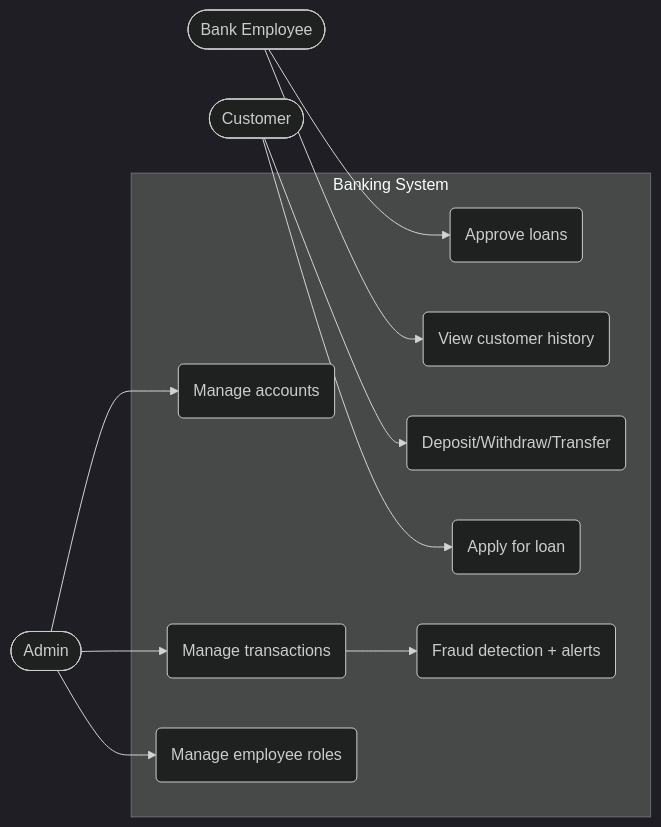
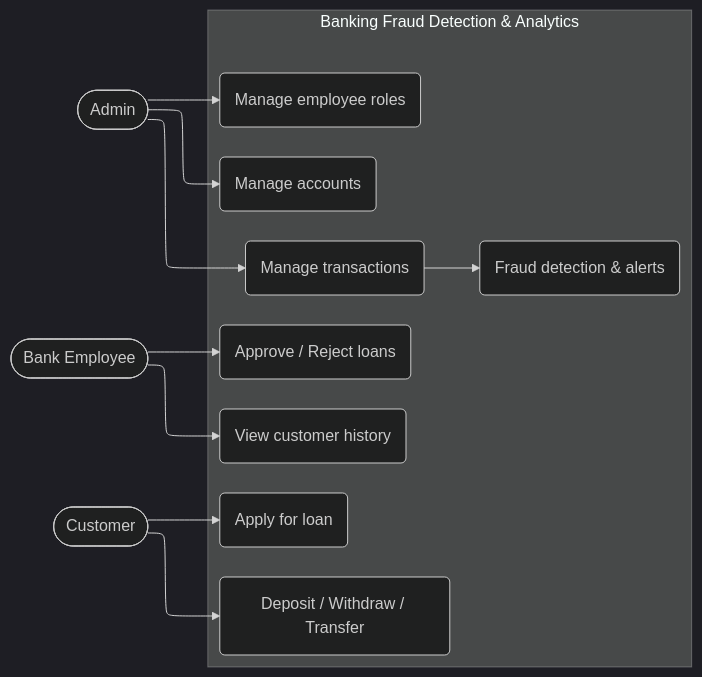
One commit to Mudit007-crypto/Banking-Fraud-Detection-and-Analytics changed the diagram in diagrams/use_cases.mmd. Above: the diagram before and after it, drawn with Mermaid (dark theme).

```diff
--- a/diagrams/use_cases.mmd
+++ b/diagrams/use_cases.mmd
@@ -1,24 +1,19 @@
+---
+config:
+  layout: elk
+---
 flowchart LR
-  Admin([Admin])
-  Emp([Bank Employee])
-  Cust([Customer])
-
-  subgraph System[Banking System]
-    UC1(Manage accounts)
-    UC2(Manage transactions)
-    UC3(Manage employee roles)
-    UC4(Approve loans)
-    UC5(View customer history)
-    UC6(Deposit/Withdraw/Transfer)
-    UC7(Apply for loan)
-    UC8(Fraud detection + alerts)
+ subgraph System["Banking Fraud Detection & Analytics"]
+        UC1("Manage accounts")
+        UC2("Manage transactions")
+        UC3("Manage employee roles")
+        UC4("Approve / Reject loans")
+        UC5("View customer history")
+        UC6("Deposit / Withdraw / Transfer")
+        UC7("Apply for loan")
+        UC8("Fraud detection & alerts")
   end
-
-  Admin --> UC1
-  Admin --> UC2
-  Admin --> UC3
-  Emp --> UC4
-  Emp --> UC5
-  Cust --> UC6
-  Cust --> UC7
-  UC2 --> UC8
+    Admin(["Admin"]) --> UC1 & UC2 & UC3
+    Emp(["Bank Employee"]) --> UC4 & UC5
+    Cust(["Customer"]) --> UC6 & UC7
+    UC2 --> UC8
```
